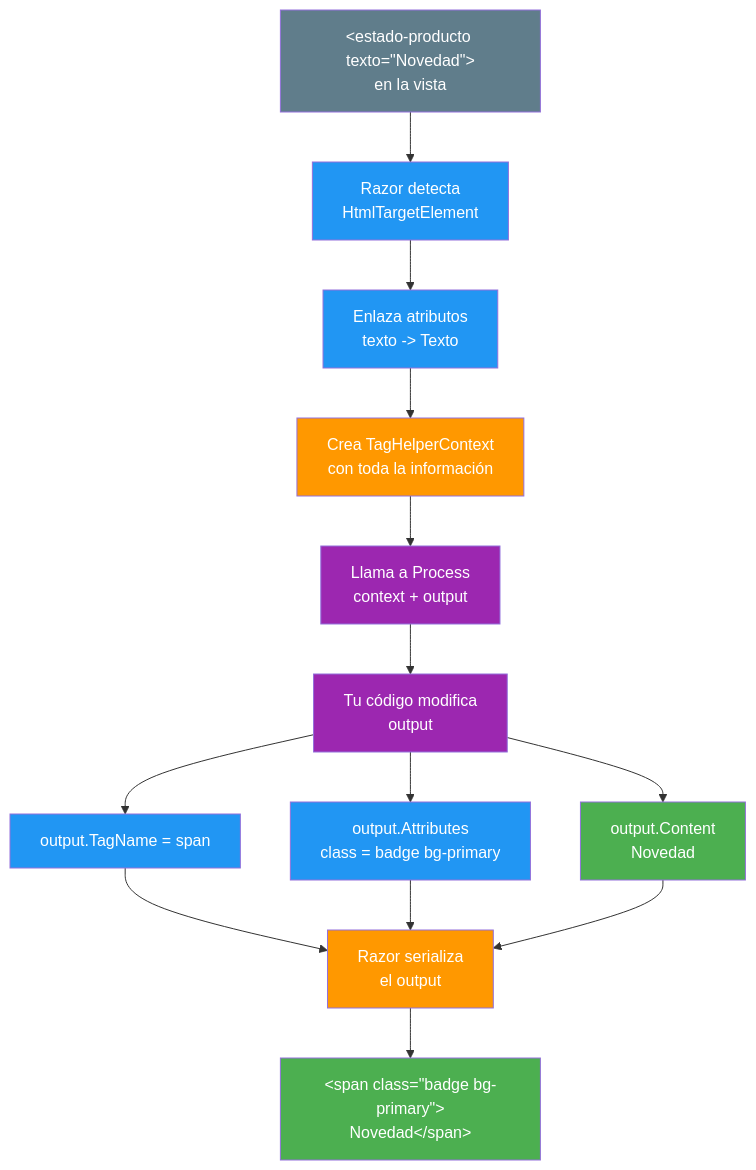
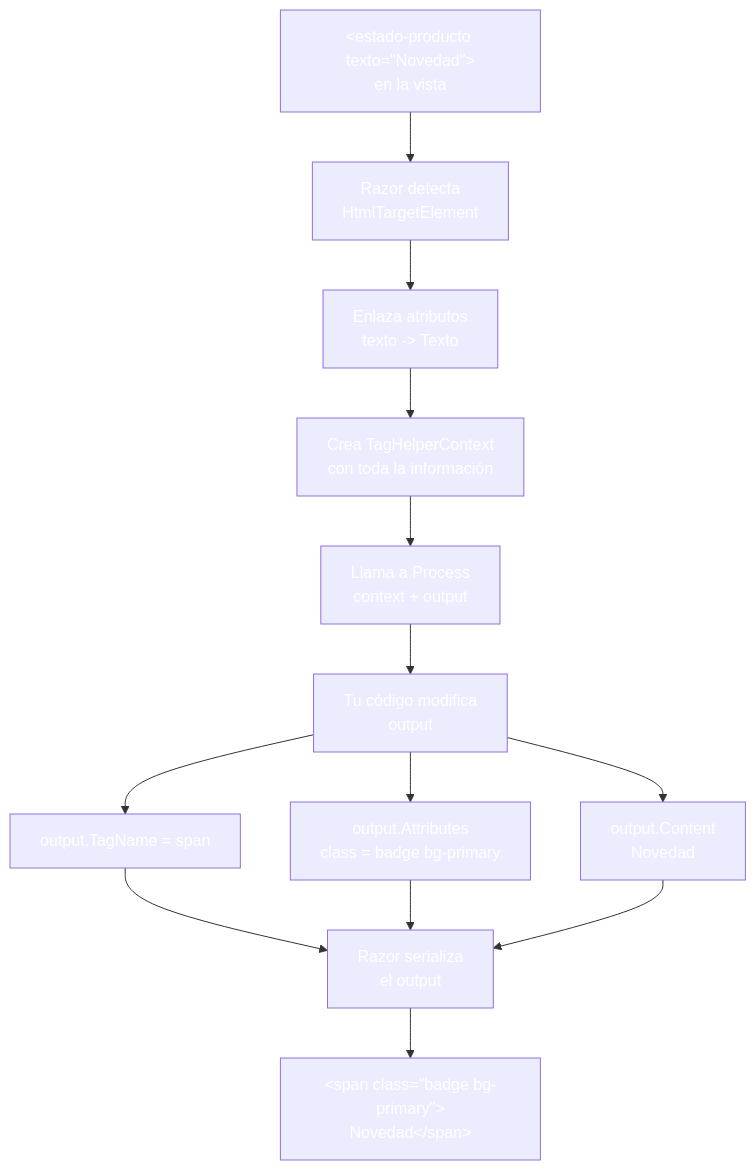
Before and after one commit to joseluisgs/DesarrolloWebEntornosServidor-03-2026-2027: the fifth of 5 diagrams in 06-taghelpers.md, drawn with Mermaid. The commit also changed other lines of this file and 30 other files, not shown here.

````diff
--- a/06-taghelpers.md
+++ b/06-taghelpers.md
@@ -374,27 +374,27 @@
 ```mermaid
 graph TD
     A["&lt;estado-producto texto=&quot;Novedad&quot;&gt;<br/>en la vista"] --> B["Razor detecta<br/>HtmlTargetElement"]
     B --> C["Enlaza atributos<br/>texto -> Texto"]
     C --> D["Crea TagHelperContext<br/>con toda la información"]
     D --> E["Llama a Process<br/>context + output"]
     E --> F["Tu código modifica<br/>output"]
     F --> F1["output.TagName = span"]
     F --> F2["output.Attributes<br/>class = badge bg-primary"]
     F --> F3["output.Content<br/>Novedad"]
     F1 --> G["Razor serializa<br/>el output"]
     F2 --> G
     F3 --> G
     G --> H["&lt;span class=&quot;badge bg-primary&quot;&gt;<br/>Novedad&lt;/span&gt;"]
 
-    style A fill:#607D8B,color:#fff
-    style B fill:#2196F3,color:#fff
-    style C fill:#2196F3,color:#fff
-    style D fill:#FF9800,color:#fff
-    style E fill:#9C27B0,color:#fff
-    style F fill:#9C27B0,color:#fff
-    style F1 fill:#2196F3,color:#fff
-    style F2 fill:#2196F3,color:#fff
-    style F3 fill:#4CAF50,color:#fff
-    style G fill:#FF9800,color:#fff
-    style H fill:#4CAF50,color:#fff
+    style A fill:#607D8,color:#fffB,color:#fff
+    style B fill:#2196F,color:#fff3,color:#fff
+    style C fill:#2196F,color:#fff3,color:#fff
+    style D fill:#FF980,color:#fff0,color:#fff
+    style E fill:#9C27B,color:#fff0,color:#fff
+    style F fill:#9C27B,color:#fff0,color:#fff
+    style F1 fill:#2196F,color:#fff3,color:#fff
+    style F2 fill:#2196F,color:#fff3,color:#fff
+    style F3 fill:#4CAF5,color:#fff0,color:#fff
+    style G fill:#FF980,color:#fff0,color:#fff
+    style H fill:#4CAF5,color:#fff0,color:#fff
 ```
````
